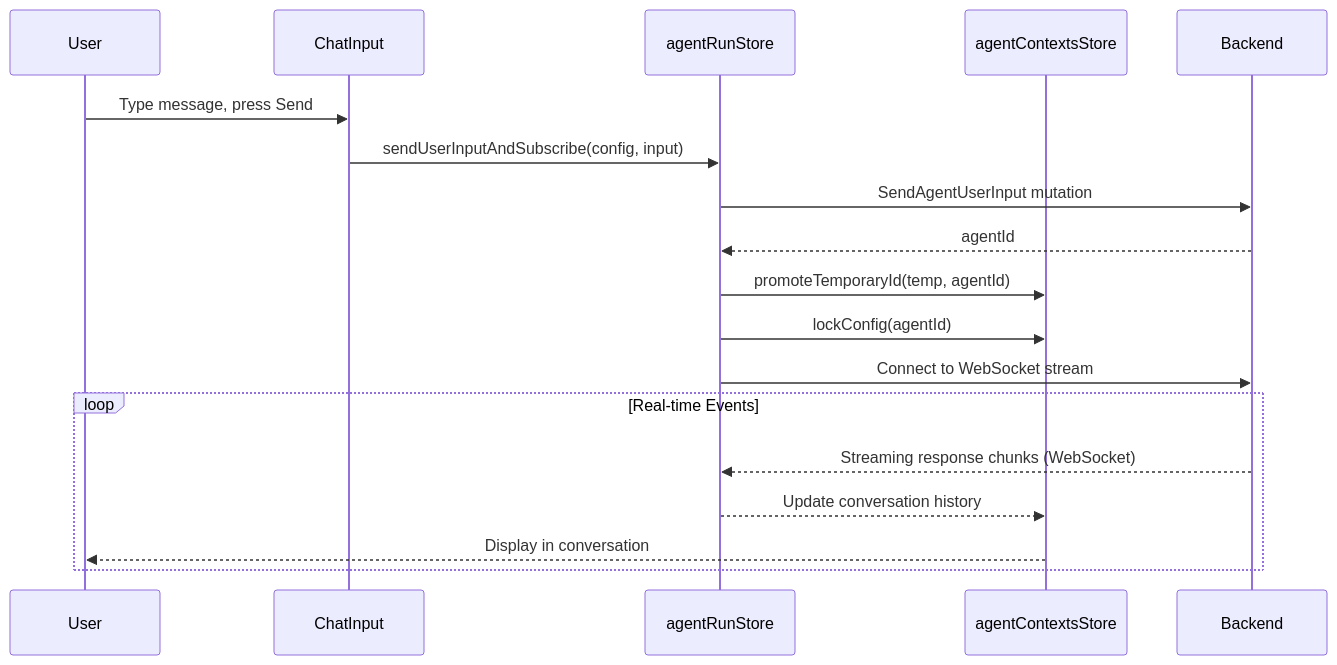
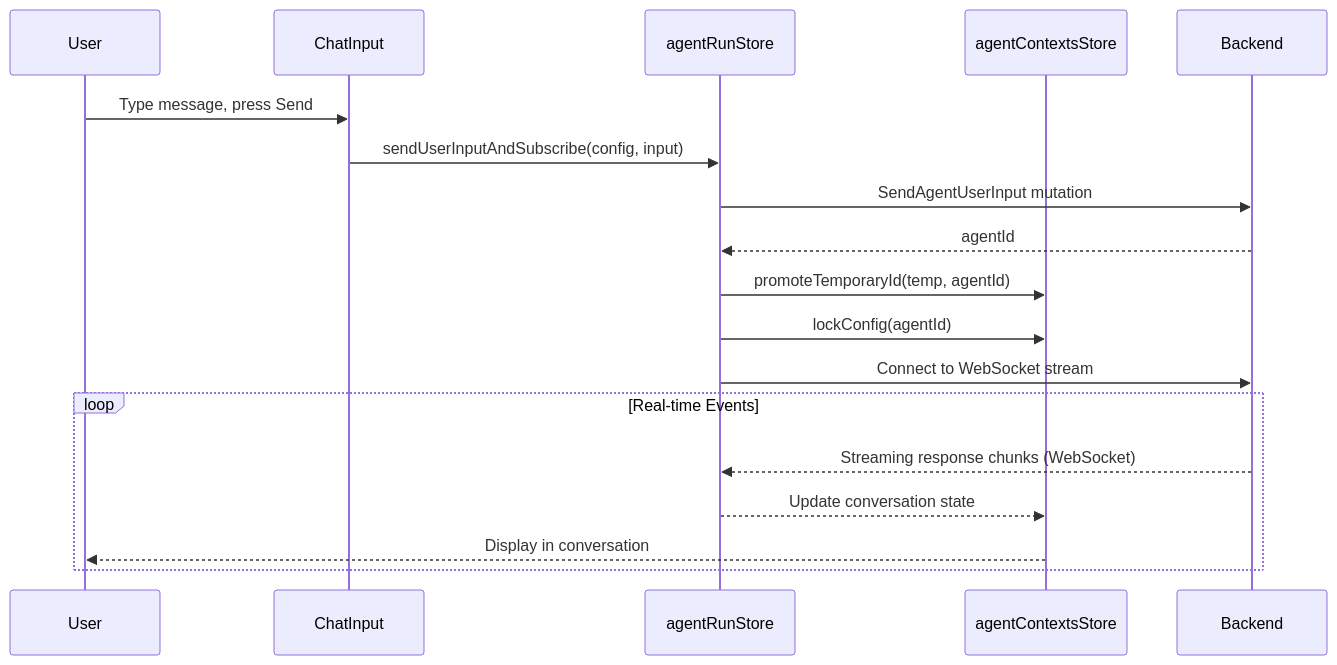
Before and after one commit to AutoByteus/autobyteus-web: the third of 3 diagrams in docs/agent_management.md, drawn with Mermaid. The commit also changed 16 other files, not shown here.

Commit message:
remove frontend conversation history UI and stores

````diff
--- a/docs/agent_management.md
+++ b/docs/agent_management.md
@@ -248,22 +248,22 @@
 ```mermaid
 sequenceDiagram
     participant User
     participant ChatInput
     participant RunStore as agentRunStore
     participant ContextsStore as agentContextsStore
     participant Backend
 
     User->>ChatInput: Type message, press Send
     ChatInput->>RunStore: sendUserInputAndSubscribe(config, input)
     RunStore->>Backend: SendAgentUserInput mutation
     Backend-->>RunStore: agentId
     RunStore->>ContextsStore: promoteTemporaryId(temp, agentId)
     RunStore->>ContextsStore: lockConfig(agentId)
     RunStore->>Backend: Connect to WebSocket stream
 
     loop Real-time Events
         Backend-->>RunStore: Streaming response chunks (WebSocket)
-        RunStore-->>ContextsStore: Update conversation history
+        RunStore-->>ContextsStore: Update conversation state
         ContextsStore-->>User: Display in conversation
     end
 ```
````
